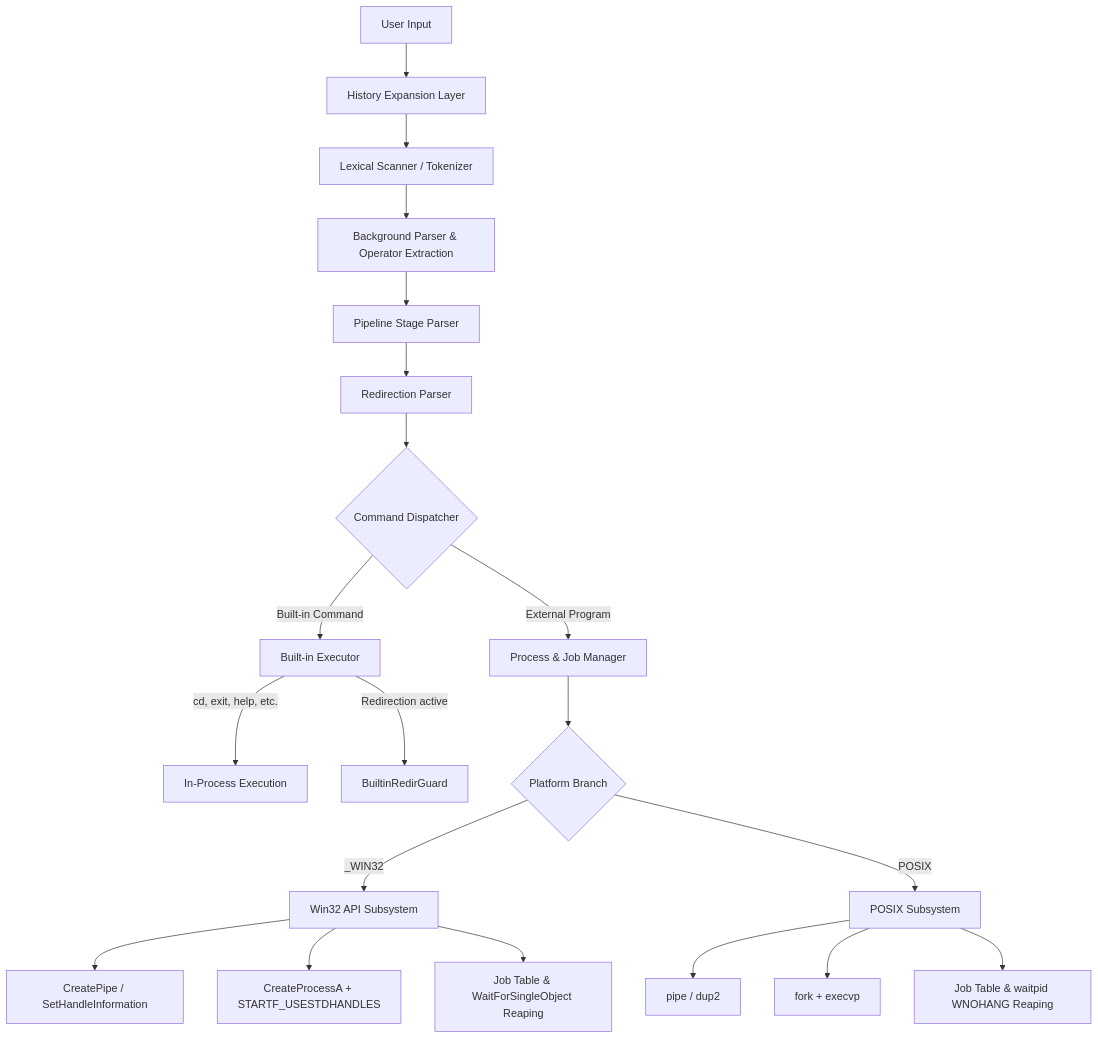
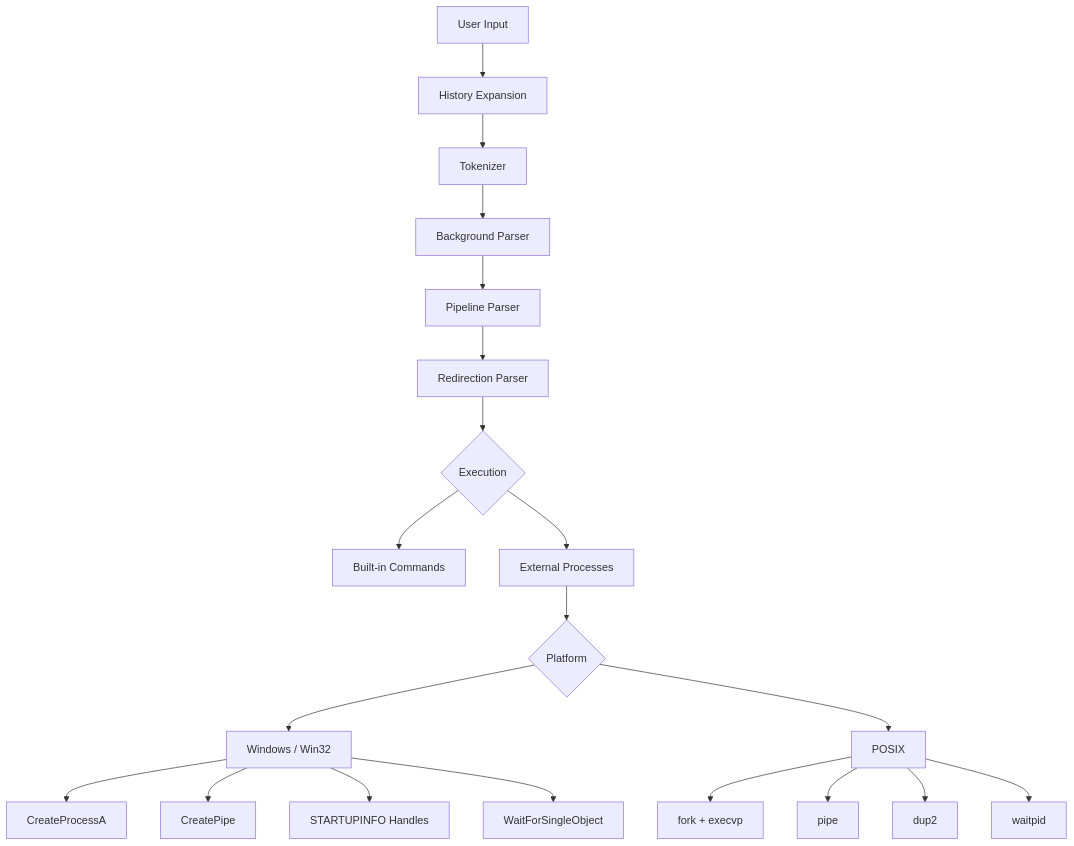
Before and after one commit to arsi505/ArsiShell: the first of 2 diagrams in docs/architecture.md, drawn with Mermaid. The commit also changed other lines of this file, not shown here.

Commit message:
Simplify architecture documentation

````diff
--- a/docs/architecture.md
+++ b/docs/architecture.md
@@ -9,26 +15,26 @@
 ```mermaid
-graph TD
-    A[User Input] --> B[History Expansion Layer]
-    B --> C[Lexical Scanner / Tokenizer]
-    C --> D[Background Parser & Operator Extraction]
-    D --> E[Pipeline Stage Parser]
+flowchart TD
+    A[User Input] --> B[History Expansion]
+    B --> C[Tokenizer]
+    C --> D[Background Parser]
+    D --> E[Pipeline Parser]
     E --> F[Redirection Parser]
-    F --> G{Command Dispatcher}
-    
-    G -->|Built-in Command| H[Built-in Executor]
-    H -->|cd, exit, help, etc.| I[In-Process Execution]
-    H -->|Redirection active| J[BuiltinRedirGuard]
-    
-    G -->|External Program| K[Process & Job Manager]
-    K --> L{Platform Branch}
-    
-    L -->|_WIN32| M[Win32 API Subsystem]
-    M --> M1[CreatePipe / SetHandleInformation]
-    M --> M2[CreateProcessA + STARTF_USESTDHANDLES]
-    M --> M3[Job Table & WaitForSingleObject Reaping]
-    
-    L -->|POSIX| N[POSIX Subsystem]
-    N --> N1[pipe / dup2]
-    N --> N2[fork + execvp]
-    N --> N3[Job Table & waitpid WNOHANG Reaping]
+    F --> G{Execution}
+
+    G --> H[Built-in Commands]
+    G --> I[External Processes]
+
+    I --> J{Platform}
+    J --> K[Windows / Win32]
+    J --> L[POSIX]
+
+    K --> K1[CreateProcessA]
+    K --> K2[CreatePipe]
+    K --> K3[STARTUPINFO Handles]
+    K --> K4[WaitForSingleObject]
+
+    L --> L1[fork + execvp]
+    L --> L2[pipe]
+    L --> L3[dup2]
+    L --> L4[waitpid]
 ```
````
